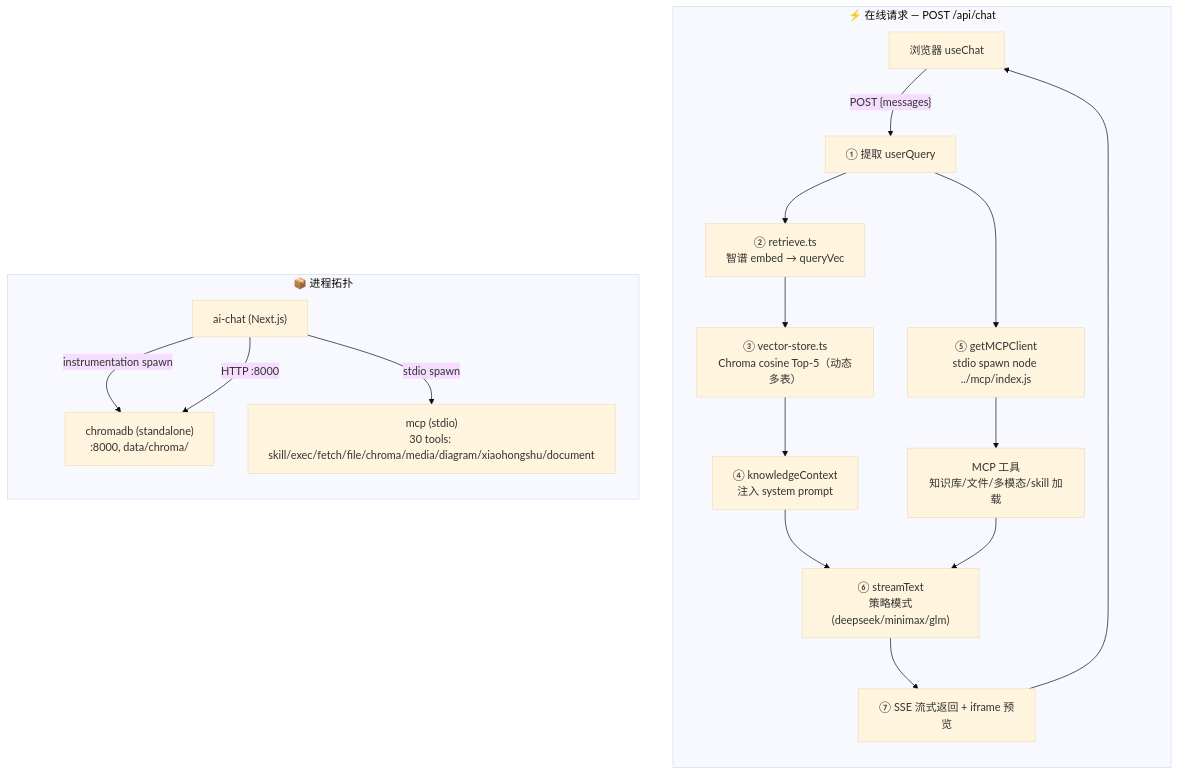
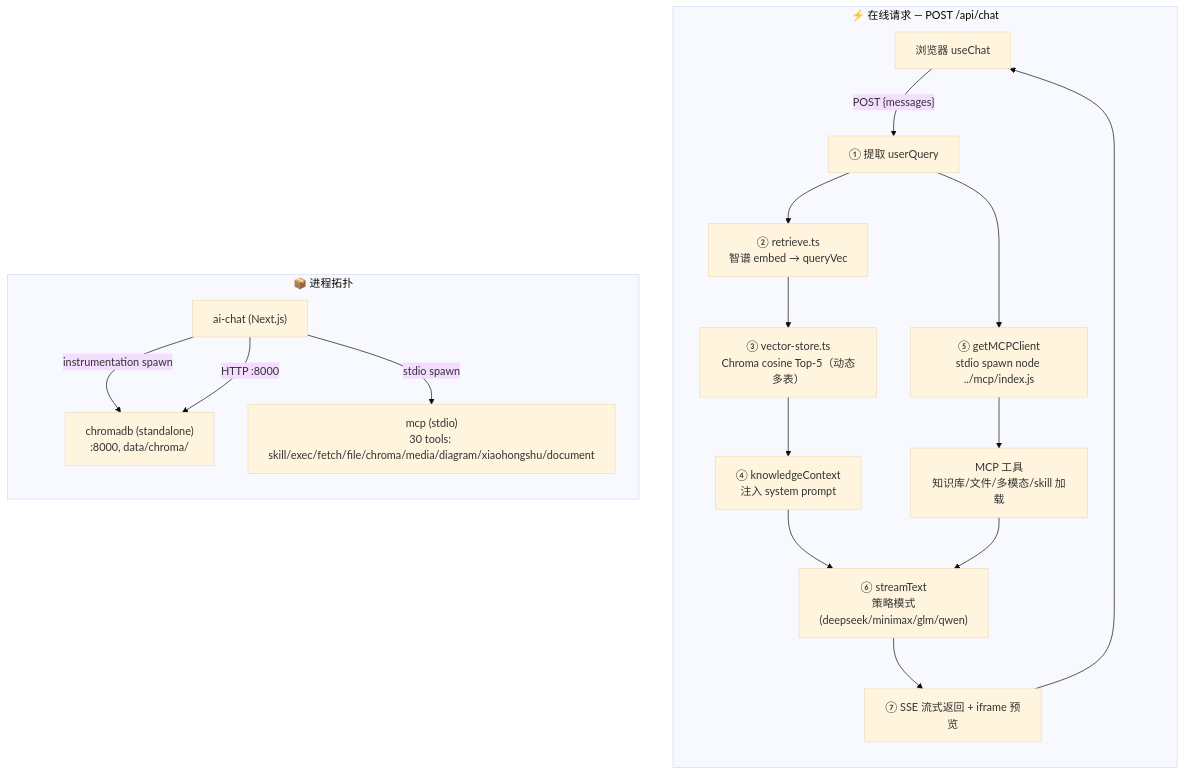
One commit to xiaoshengkai/xiaoshengkai-ai changed the diagram in design.md. Above: the diagram before and after it, drawn with Mermaid (base theme). The commit also changed other lines of this file and 2 other files, not shown here.

Commit message:
docs: 拆分 ARCHITECTURE.md（代码实现说明）+ design.md 瘦身为设计约定 + 补 MCP 章节

````diff
--- a/design.md
+++ b/design.md
@@ -30,31 +32,31 @@
 ```mermaid
 flowchart TD
   subgraph ON["⚡ 在线请求 — POST /api/chat"]
     direction TB
     U["浏览器 useChat"]
     R1["① 提取 userQuery"]
     R2["② retrieve.ts<br/>智谱 embed → queryVec"]
     R3["③ vector-store.ts<br/>Chroma cosine Top-5（动态多表）"]
     R4["④ knowledgeContext<br/>注入 system prompt"]
     R5["⑤ getMCPClient<br/>stdio spawn node ../mcp/index.js"]
     R6["MCP 工具<br/>知识库/文件/多模态/skill 加载"]
-    R7["⑥ streamText<br/>策略模式(deepseek/minimax/glm)"]
+    R7["⑥ streamText<br/>策略模式(deepseek/minimax/glm/qwen)"]
     R8["⑦ SSE 流式返回 + iframe 预览"]
     U -->|"POST {messages}"| R1
     R1 --> R2 --> R3 --> R4
     R1 --> R5 --> R6
     R4 --> R7
     R6 --> R7
     R7 --> R8 --> U
   end
 
   subgraph PROC["📦 进程拓扑"]
     direction TB
     A1["ai-chat (Next.js)"]
     A2["chromadb (standalone)<br/>:8000, data/chroma/"]
     A4["mcp (stdio)<br/>30 tools: skill/exec/fetch/file/chroma/media/diagram/xiaohongshu/document"]
     A1 -->|"instrumentation spawn"| A2
     A1 -->|"HTTP :8000"| A2
     A1 -->|"stdio spawn"| A4
   end
 ```
````
